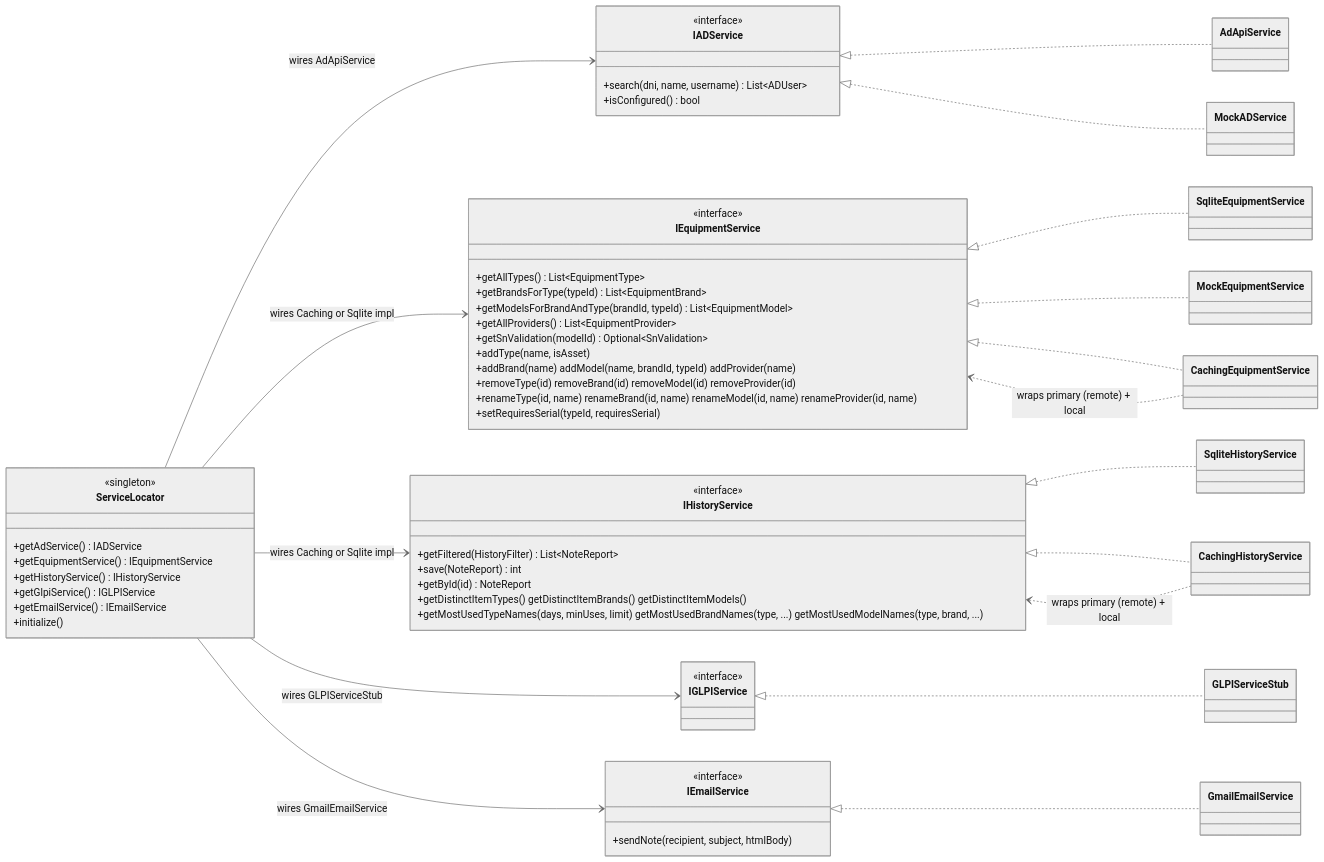
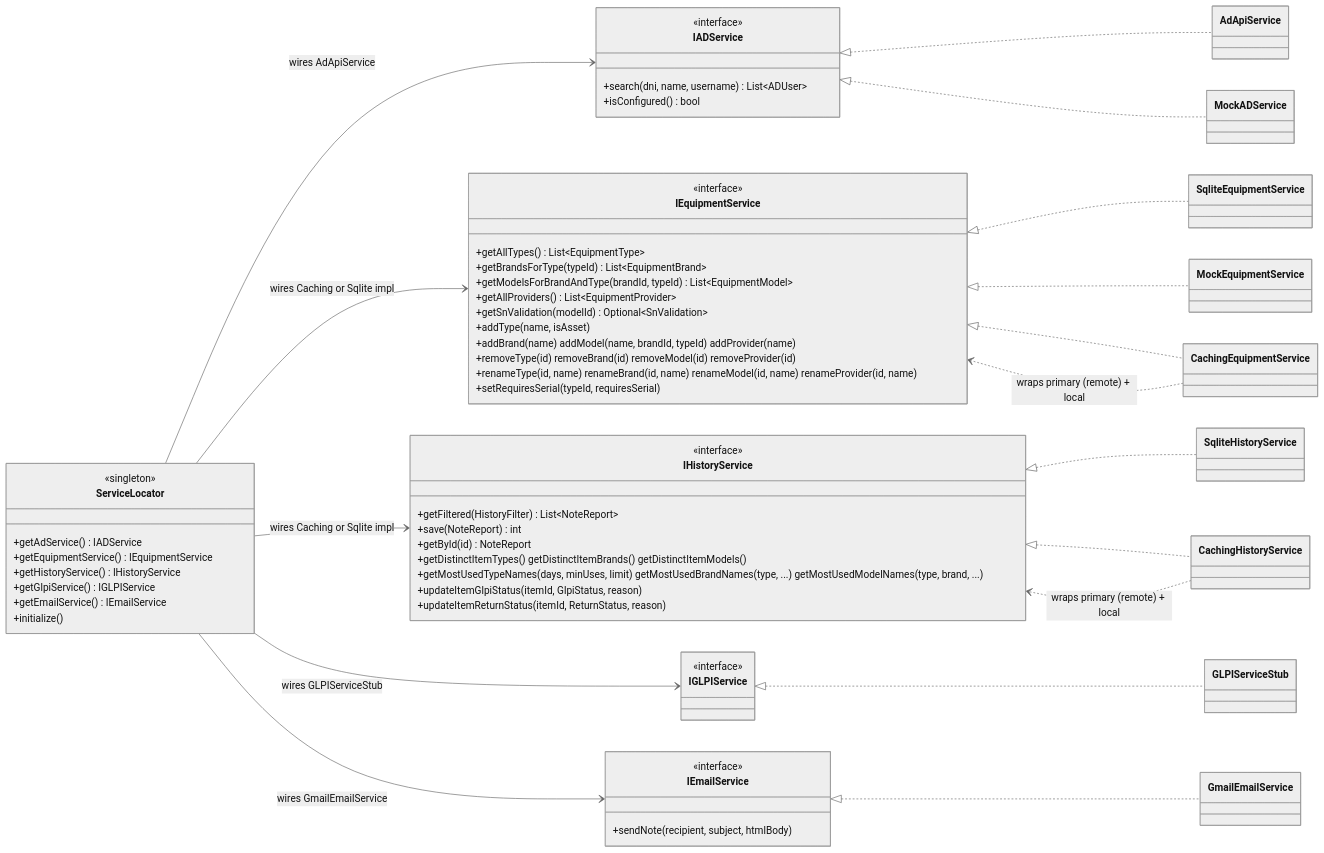
The second of 3 diagrams in docs/architecture.md (Bunshock/nexus-it), drawn with Mermaid (neutral theme) before and after one commit. The commit also changed other lines of this file and 5 other files, not shown here.

````diff
--- a/docs/architecture.md
+++ b/docs/architecture.md
@@ -170,78 +177,80 @@
 ```mermaid
 
 classDiagram
     direction LR
 
     class IADService {
         <<interface>>
         +search(dni, name, username) List~ADUser~
         +isConfigured() bool
     }
     class AdApiService
     class MockADService
     IADService <|.. AdApiService
     IADService <|.. MockADService
 
     class IEquipmentService {
         <<interface>>
         +getAllTypes() List~EquipmentType~
         +getBrandsForType(typeId) List~EquipmentBrand~
         +getModelsForBrandAndType(brandId, typeId) List~EquipmentModel~
         +getAllProviders() List~EquipmentProvider~
         +getSnValidation(modelId) Optional~SnValidation~
         +addType(name, isAsset)
         +addBrand(name) addModel(name, brandId, typeId) addProvider(name)
         +removeType(id) removeBrand(id) removeModel(id) removeProvider(id)
         +renameType(id, name) renameBrand(id, name) renameModel(id, name) renameProvider(id, name)
         +setRequiresSerial(typeId, requiresSerial)
     }
     class SqliteEquipmentService
     class MockEquipmentService
     class CachingEquipmentService
     IEquipmentService <|.. SqliteEquipmentService
     IEquipmentService <|.. MockEquipmentService
     IEquipmentService <|.. CachingEquipmentService
     CachingEquipmentService ..> IEquipmentService : wraps primary (remote) + local
 
     class IHistoryService {
         <<interface>>
         +getFiltered(HistoryFilter) List~NoteReport~
         +save(NoteReport) int
         +getById(id) NoteReport
         +getDistinctItemTypes() getDistinctItemBrands() getDistinctItemModels()
         +getMostUsedTypeNames(days, minUses, limit) getMostUsedBrandNames(type, ...) getMostUsedModelNames(type, brand, ...)
+        +updateItemGlpiStatus(itemId, GlpiStatus, reason)
+        +updateItemReturnStatus(itemId, ReturnStatus, reason)
     }
     class SqliteHistoryService
     class CachingHistoryService
     IHistoryService <|.. SqliteHistoryService
     IHistoryService <|.. CachingHistoryService
     CachingHistoryService ..> IHistoryService : wraps primary (remote) + local
 
     class IGLPIService {
         <<interface>>
     }
     class GLPIServiceStub
     IGLPIService <|.. GLPIServiceStub
 
     class IEmailService {
         <<interface>>
         +sendNote(recipient, subject, htmlBody)
     }
     class GmailEmailService
     IEmailService <|.. GmailEmailService
 
     class ServiceLocator {
         <<singleton>>
         +getAdService() IADService
         +getEquipmentService() IEquipmentService
         +getHistoryService() IHistoryService
         +getGlpiService() IGLPIService
         +getEmailService() IEmailService
         +initialize()
     }
     ServiceLocator --> IADService : wires AdApiService
     ServiceLocator --> IEquipmentService : wires Caching or Sqlite impl
     ServiceLocator --> IHistoryService : wires Caching or Sqlite impl
     ServiceLocator --> IGLPIService : wires GLPIServiceStub
     ServiceLocator --> IEmailService : wires GmailEmailService
 ```
````
